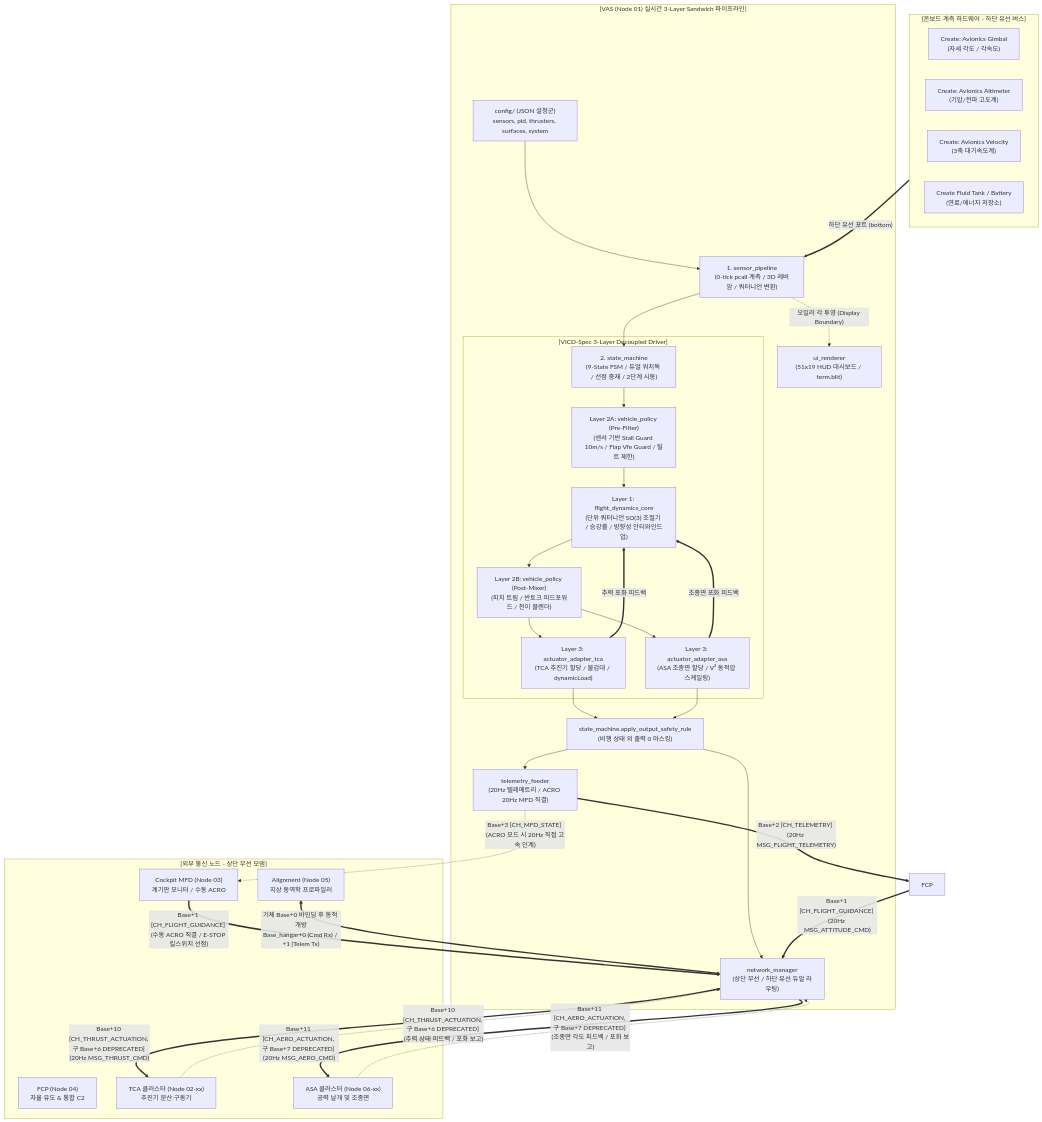
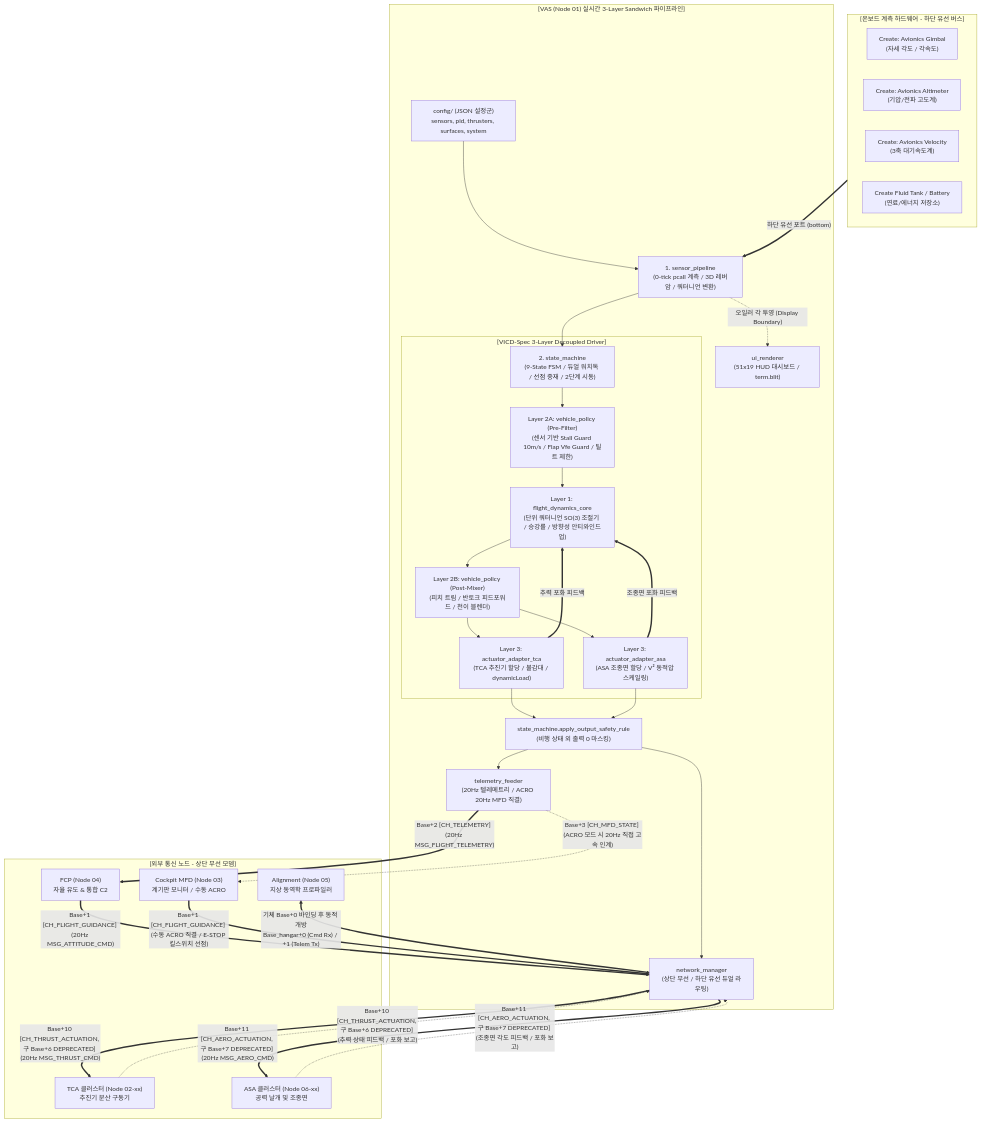
Before and after one commit to Polimachi/Aeroneutics_Autopilot: the first of 4 diagrams in docs/specs/1_control/vas/VAS_PROGRAM_SPECIFICATION.md, drawn with Mermaid. The commit also changed other lines of this file and 3 other files, not shown here.

Commit message:
docs(specs): harmonize 4 core specifications with ASA/FCP standards and bump minor versions (Task 4)

````diff
--- a/docs/specs/1_control/vas/VAS_PROGRAM_SPECIFICATION.md
+++ b/docs/specs/1_control/vas/VAS_PROGRAM_SPECIFICATION.md
@@ -61,49 +62,49 @@
 ```mermaid
 flowchart TD
     subgraph SENSORS["[온보드 계측 하드웨어 - 하단 유선 버스]"]
         GIMBAL["Create: Avionics Gimbal<br/>(자세 각도 / 각속도)"]
         ALT["Create: Avionics Altimeter<br/>(기압/전파 고도계)"]
         VEL["Create: Avionics Velocity<br/>(3축 대기속도계)"]
         FUEL["Create Fluid Tank / Battery<br/>(연료/에너지 저장소)"]
     end
 
     subgraph VAS["[VAS (Node 01) 실시간 3-Layer Sandwich 파이프라인]"]
         CONF["config/ (JSON 설정군)<br/>sensors, pid, thrusters, surfaces, system"] --> SENS_PIPE["1. sensor_pipeline<br/>(0-tick pcall 계측 / 3D 레버암 / 쿼터니언 변환)"]
         SENS_PIPE --> FSM["2. state_machine<br/>(9-State FSM / 듀얼 워치독 / 선점 중재 / 2단계 시동)"]
         
         subgraph DRIVER_SANDWICH["[VICD-Spec 3-Layer Decoupled Driver]"]
             FSM --> L2A["Layer 2A: vehicle_policy (Pre-Filter)<br/>(센서 기반 Stall Guard 10m/s / Flap Vfe Guard / 틸트 제한)"]
             L2A --> L1["Layer 1: flight_dynamics_core<br/>(단위 쿼터니언 SO(3) 조절기 / 승강률 / 방향성 안티와인드업)"]
             L1 --> L2B["Layer 2B: vehicle_policy (Post-Mixer)<br/>(피치 트림 / 반토크 피드포워드 / 천이 블렌더)"]
             L2B --> L3_TAP["Layer 3: actuator_adapter_tca<br/>(TCA 추진기 할당 / 불감대 / dynamicLoad)"]
-            L2B --> L3_WAP["Layer 3: actuator_adapter_asa<br/>(ASA 조종면 할당 / V² 동적압 스케일링)"]
+            L2B --> L3_ASA["Layer 3: actuator_adapter_asa<br/>(ASA 조종면 할당 / V² 동적압 스케일링)"]
             L3_TAP ==>|"추력 포화 피드백"| L1
-            L3_WAP ==>|"조종면 포화 피드백"| L1
+            L3_ASA ==>|"조종면 포화 피드백"| L1
         end
 
         L3_TAP --> SAFETY["state_machine.apply_output_safety_rule<br/>(비행 상태 외 출력 0 마스킹)"]
-        L3_WAP --> SAFETY
+        L3_ASA --> SAFETY
         SAFETY --> COMMS["network_manager<br/>(상단 무선 / 하단 유선 듀얼 라우팅)"]
         SAFETY --> TELEM["telemetry_feeder<br/>(20Hz 텔레메트리 / ACRO 20Hz MFD 직결)"]
         SENS_PIPE -.->|"오일러 각 투영 (Display Boundary)"| UI["ui_renderer<br/>(51x19 HUD 대시보드 / term.blit)"]
     end
 
     subgraph INTERFACE_EXTERNAL["[외부 통신 노드 - 상단 무선 모뎀]"]
-        SAS["FCP (Node 04)<br/>자율 유도 & 통합 C2"]
+        FCP["FCP (Node 04)<br/>자율 유도 & 통합 C2"]
         TCA["TCA 클러스터 (Node 02-xx)<br/>추진기 분산 구동기"]
         ASA["ASA 클러스터 (Node 06-xx)<br/>공력 날개 및 조종면"]
         MFD["Cockpit MFD (Node 03)<br/>계기판 모니터 / 수동 ACRO"]
         ALIGN["Alignment (Node 05)<br/>지상 동역학 프로파일러"]
     end
 
     SENSORS ==>|"하단 유선 포트 (bottom)"| SENS_PIPE
     FCP ==>|"Base+1 [CH_FLIGHT_GUIDANCE] (20Hz MSG_ATTITUDE_CMD)"| COMMS
     MFD ==>|"Base+1 [CH_FLIGHT_GUIDANCE] (수동 ACRO 직결 / E-STOP 킬스위치 선점)"| COMMS
     COMMS ==>|"Base+10 [CH_THRUST_ACTUATION, 구 Base+6 DEPRECATED] (20Hz MSG_THRUST_CMD)"| TCA
     TCA -.->|"Base+10 [CH_THRUST_ACTUATION, 구 Base+6 DEPRECATED] (추력 상태 피드백 / 포화 보고)"| COMMS
     COMMS ==>|"Base+11 [CH_AERO_ACTUATION, 구 Base+7 DEPRECATED] (20Hz MSG_AERO_CMD)"| ASA
     ASA -.->|"Base+11 [CH_AERO_ACTUATION, 구 Base+7 DEPRECATED] (조종면 각도 피드백 / 포화 보고)"| COMMS
     TELEM ==>|"Base+2 [CH_TELEMETRY] (20Hz MSG_FLIGHT_TELEMETRY)"| FCP
     TELEM -.->|"Base+3 [CH_MFD_STATE] (ACRO 모드 시 20Hz 직접 고속 인계)"| MFD
     ALIGN <==>|"기체 Base+0 바인딩 후 동적 개방<br/>Base_hangar+0 (Cmd Rx) / +1 (Telem Tx)"| COMMS
 ```
````
